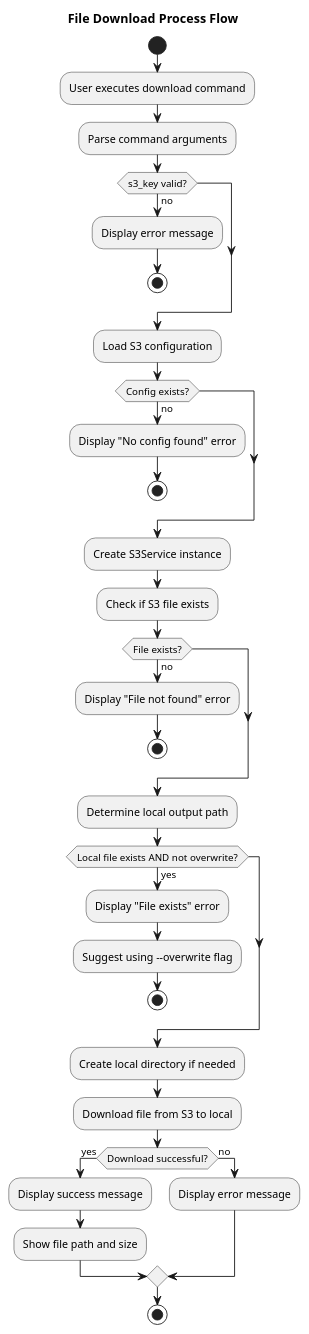
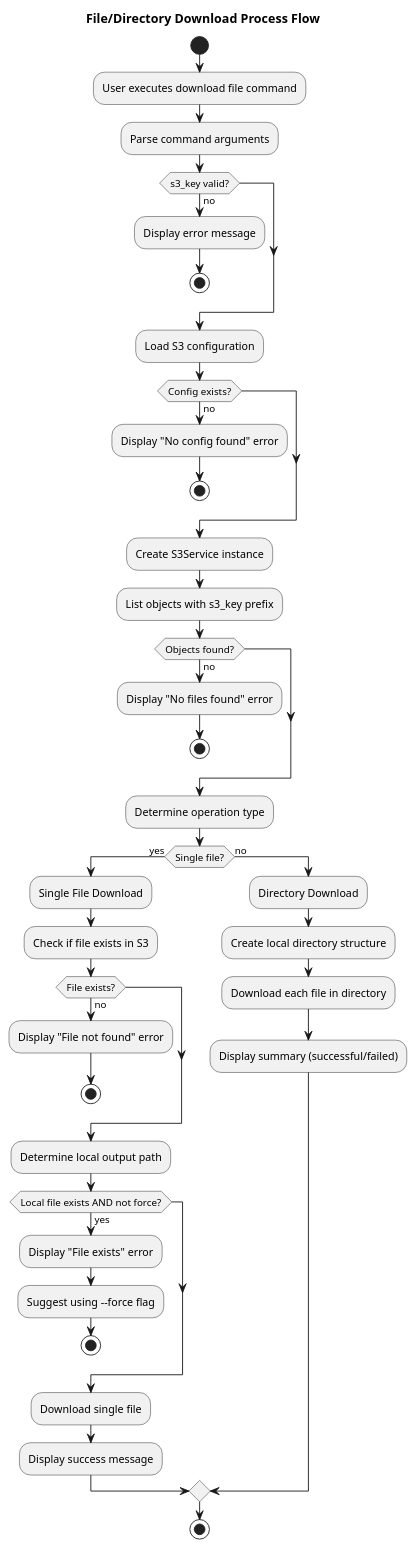
One commit to FATESAIKOU/CloudStorageSyncer changed the first of 4 diagrams in .prompt/02.Issue/03.AddSimpleDownloadAndDelete/01.BasicDesign/01.ProcessFlow.md. Above: the diagram before and after it, drawn with PlantUML. The commit also changed other lines of this file and 9 other files, not shown here.

````diff
--- a/.prompt/02.Issue/03.AddSimpleDownloadAndDelete/01.BasicDesign/01.ProcessFlow.md
+++ b/.prompt/02.Issue/03.AddSimpleDownloadAndDelete/01.BasicDesign/01.ProcessFlow.md
@@ -9,51 +9,56 @@
 ```plantuml
 @startuml
-title File Download Process Flow
+title File/Directory Download Process Flow
 
 start
 
-:User executes download command;
+:User executes download file command;
 :Parse command arguments;
 
 if (s3_key valid?) then (no)
   :Display error message;
   stop
 endif
 
 :Load S3 configuration;
 
 if (Config exists?) then (no)
   :Display "No config found" error;
   stop
 endif
 
 :Create S3Service instance;
-:Check if S3 file exists;
+:List objects with s3_key prefix;
 
-if (File exists?) then (no)
-  :Display "File not found" error;
+if (Objects found?) then (no)
+  :Display "No files found" error;
   stop
 endif
 
-:Determine local output path;
-
-if (Local file exists AND not overwrite?) then (yes)
-  :Display "File exists" error;
-  :Suggest using --overwrite flag;
-  stop
-endif
-
-:Create local directory if needed;
-:Download file from S3 to local;
-
-if (Download successful?) then (yes)
+:Determine operation type;
+if (Single file?) then (yes)
+  :Single File Download;
+  :Check if file exists in S3;
+  if (File exists?) then (no)
+    :Display "File not found" error;
+    stop
+  endif
+  :Determine local output path;
+  if (Local file exists AND not force?) then (yes)
+    :Display "File exists" error;
+    :Suggest using --force flag;
+    stop
+  endif
+  :Download single file;
   :Display success message;
-  :Show file path and size;
 else (no)
-  :Display error message;
+  :Directory Download;
+  :Create local directory structure;
+  :Download each file in directory;
+  :Display summary (successful/failed);
 endif
 
 stop
 
 @enduml
 ```
````
